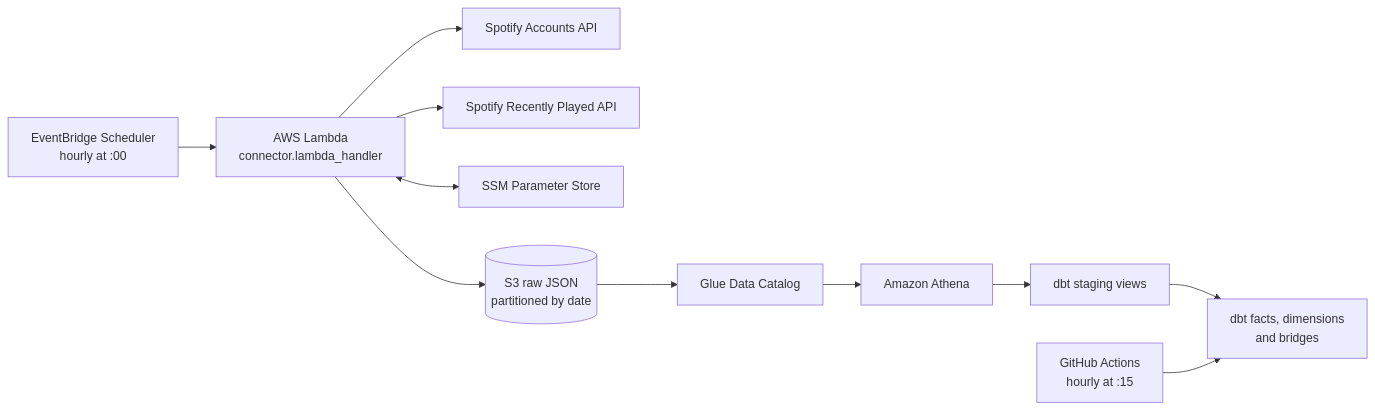
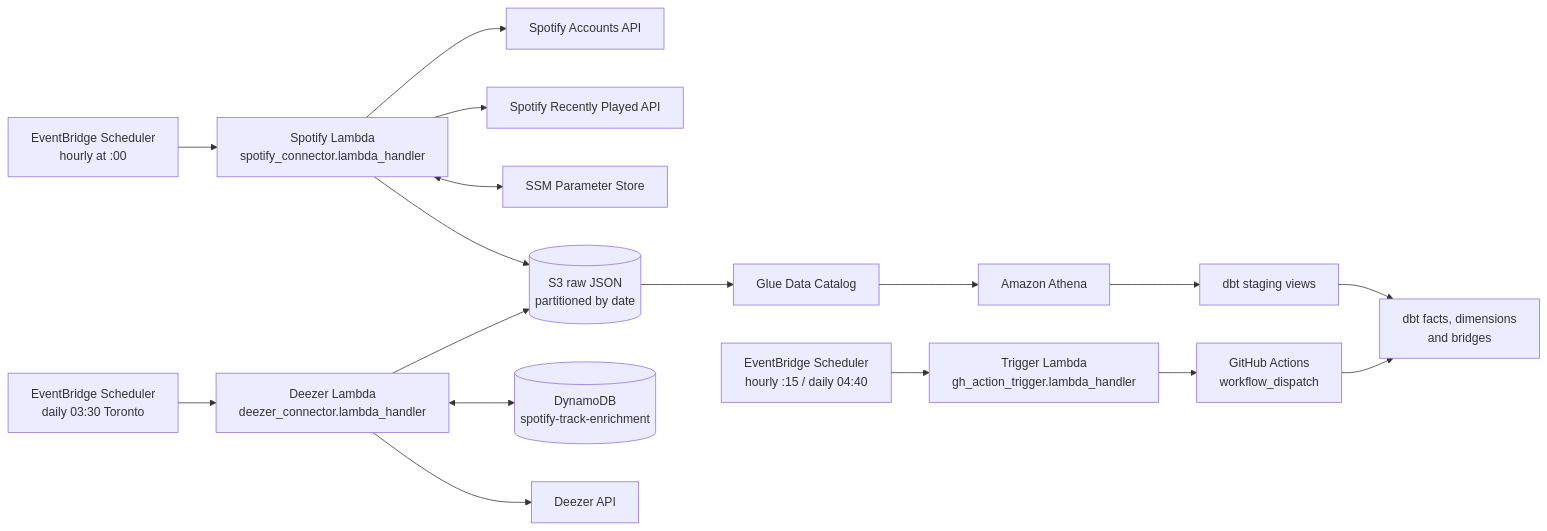
Before and after one commit to alavi-sam/spotify-stats: the diagram in README.md, drawn with Mermaid. The commit also changed other lines of this file and 1 other file, not shown here.

Commit message:
Add Deezer album genres external table definition in Athena

````diff
--- a/README.md
+++ b/README.md
@@ -9,13 +9,19 @@
 ```mermaid
 flowchart LR
-    EB[EventBridge Scheduler<br/>hourly at :00] --> L[AWS Lambda<br/>connector.lambda_handler]
+    EB[EventBridge Scheduler<br/>hourly at :00] --> L[Spotify Lambda<br/>spotify_connector.lambda_handler]
     L --> AUTH[Spotify Accounts API]
     L --> API[Spotify Recently Played API]
     L <--> SSM[SSM Parameter Store]
     L --> S3[(S3 raw JSON<br/>partitioned by date)]
+    EBD[EventBridge Scheduler<br/>daily 03:30 Toronto] --> D[Deezer Lambda<br/>deezer_connector.lambda_handler]
+    D <--> DDB[(DynamoDB<br/>spotify-track-enrichment)]
+    D --> DZ[Deezer API]
+    D --> S3
     S3 --> GLUE[Glue Data Catalog]
     GLUE --> ATHENA[Amazon Athena]
     ATHENA --> STG[dbt staging views]
     STG --> MARTS[dbt facts, dimensions<br/>and bridges]
-    GHA[GitHub Actions<br/>hourly at :15] --> MARTS
+    EBT[EventBridge Scheduler<br/>hourly :15 / daily 04:40] --> T[Trigger Lambda<br/>gh_action_trigger.lambda_handler]
+    T --> GHA[GitHub Actions<br/>workflow_dispatch]
+    GHA --> MARTS
 ```
````
